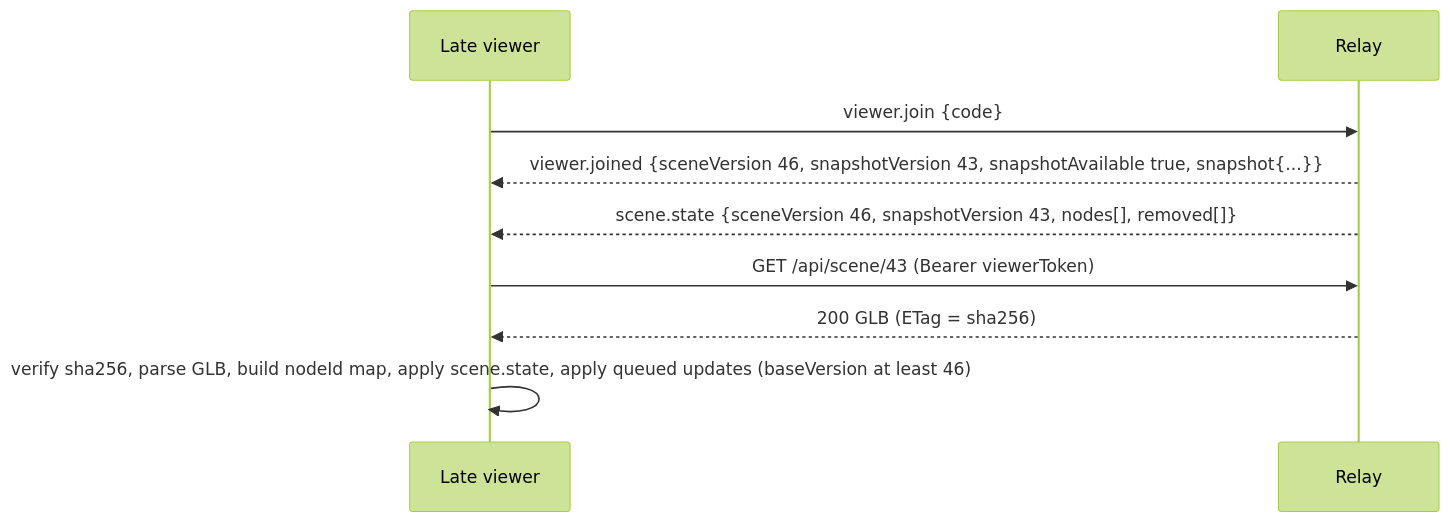
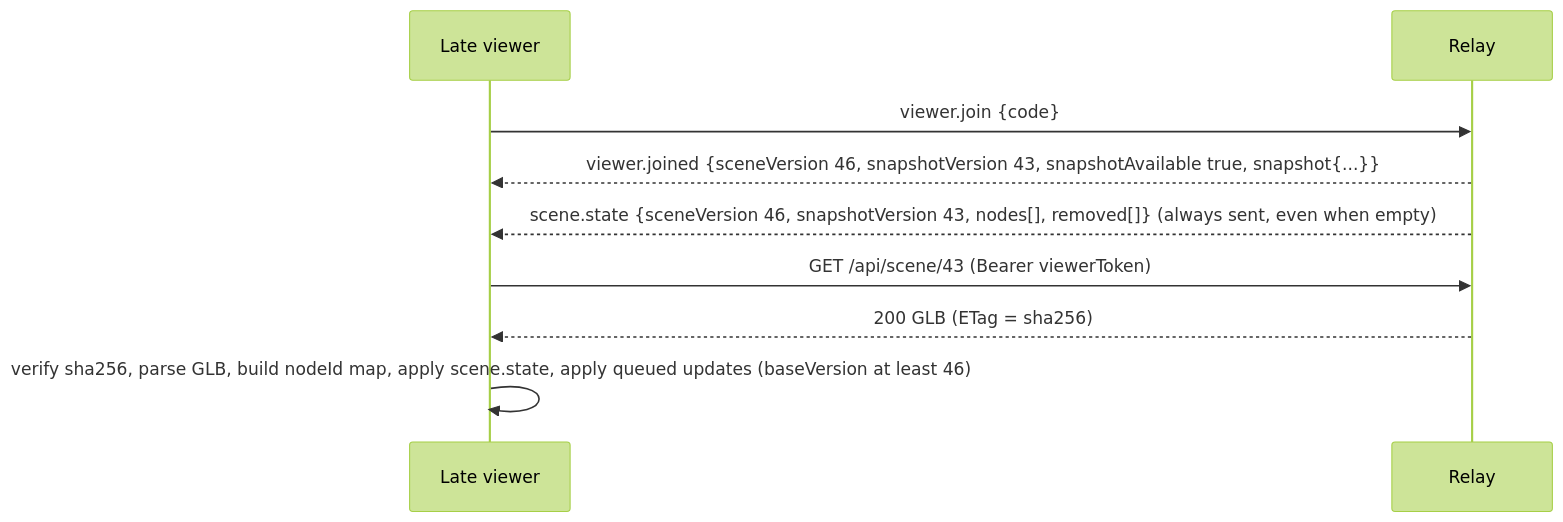
The sixth of 11 diagrams in docs/architecture.md (dolegadolegowski/SlicerRemoteView), drawn with Mermaid (forest theme) before and after one commit. The commit also changed other lines of this file and 18 other files, not shown here.

````diff
--- a/docs/architecture.md
+++ b/docs/architecture.md
@@ -147,11 +150,11 @@
 ```mermaid
 sequenceDiagram
   participant L as Late viewer
   participant R as Relay
   L->>R: viewer.join {code}
   R-->>L: viewer.joined {sceneVersion 46, snapshotVersion 43, snapshotAvailable true, snapshot{...}}
-  R-->>L: scene.state {sceneVersion 46, snapshotVersion 43, nodes[], removed[]}
+  R-->>L: scene.state {sceneVersion 46, snapshotVersion 43, nodes[], removed[]}  (always sent, even when empty)
   L->>R: GET /api/scene/43 (Bearer viewerToken)
   R-->>L: 200 GLB (ETag = sha256)
   L->>L: verify sha256, parse GLB, build nodeId map, apply scene.state, apply queued updates (baseVersion at least 46)
 ```
````
